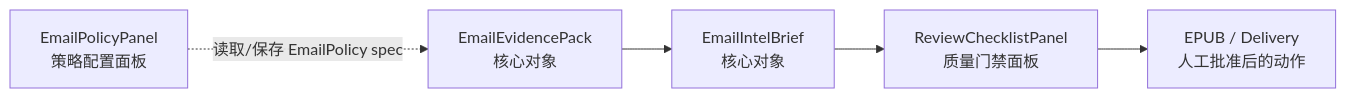
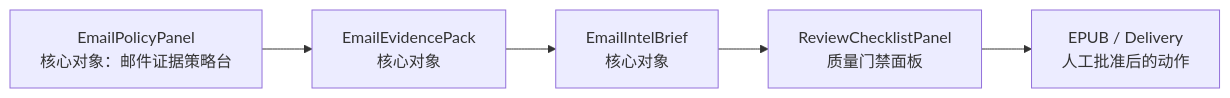
One commit to arlishansenn/podsum changed the diagram in plans/podsum-email-workbench-gui-spec.md. Above: the diagram before and after it, drawn with Mermaid. The commit also changed other lines of this file and 6 other files, not shown here.

Commit message:
feat(email): promote policy panel to core object

````diff
--- a/plans/podsum-email-workbench-gui-spec.md
+++ b/plans/podsum-email-workbench-gui-spec.md
@@ -35,7 +35,7 @@
 ```mermaid
 flowchart LR
-  P["EmailPolicyPanel<br/>策略配置面板"] -. "读取/保存 EmailPolicy spec" .-> E["EmailEvidencePack<br/>核心对象"]
+  P["EmailPolicyPanel<br/>核心对象：邮件证据策略台"] --> E["EmailEvidencePack<br/>核心对象"]
   E --> B["EmailIntelBrief<br/>核心对象"]
   B --> R["ReviewChecklistPanel<br/>质量门禁面板"]
   R --> X["EPUB / Delivery<br/>人工批准后的动作"]
 ```
````
